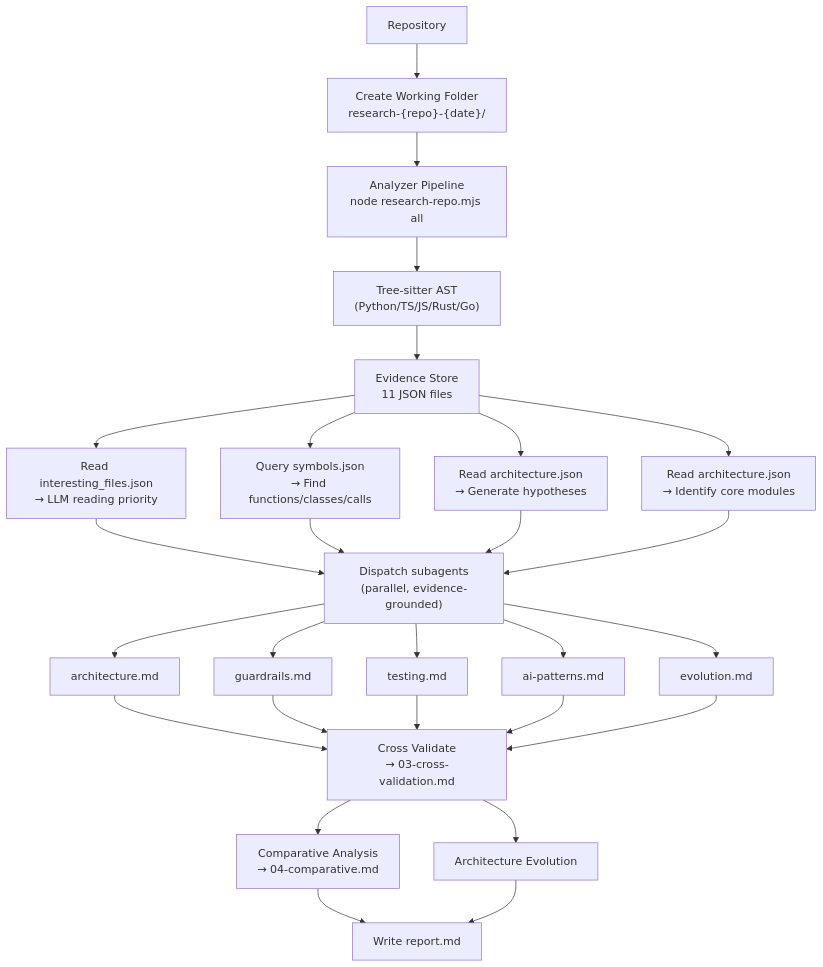
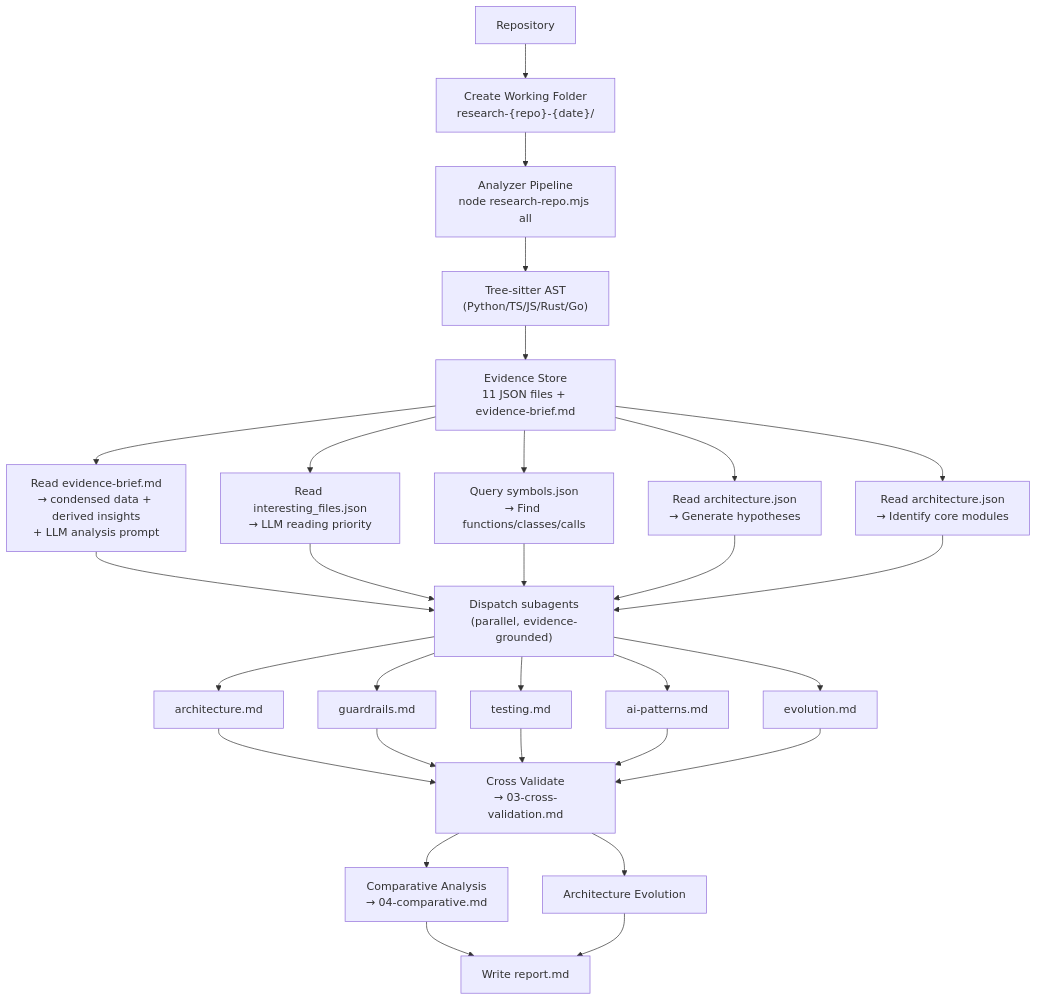
The third of 3 diagrams in .trae/skills/research-repo/SKILL.md (devweekly/devweekly.github.io), drawn with Mermaid before and after one commit. The commit also changed other lines of this file and 38 other files, not shown here.

````diff
--- a/.trae/skills/research-repo/SKILL.md
+++ b/.trae/skills/research-repo/SKILL.md
@@ -411,36 +441,38 @@
 ```mermaid
 flowchart TD
   A[Repository] --> WF["Create Working Folder<br/>research-{repo}-{date}/"]
   WF --> DA["Analyzer Pipeline<br/>node research-repo.mjs all"]
 
   DA --> TS["Tree-sitter AST<br/>(Python/TS/JS/Rust/Go)"]
-  TS --> ES["Evidence Store<br/>11 JSON files"]
+  TS --> ES["Evidence Store<br/>11 JSON files + evidence-brief.md"]
 
+  ES --> BRIEF["Read evidence-brief.md<br/>→ condensed data + derived insights<br/>+ LLM analysis prompt"]
   ES --> RANK["Read interesting_files.json<br/>→ LLM reading priority"]
   ES --> SYM["Query symbols.json<br/>→ Find functions/classes/calls"]
   ES --> HYP["Read architecture.json<br/>→ Generate hypotheses"]
   ES --> ARCH["Read architecture.json<br/>→ Identify core modules"]
 
-  RANK --> E["Dispatch subagents<br/>(parallel, evidence-grounded)"]
+  BRIEF --> E["Dispatch subagents<br/>(parallel, evidence-grounded)"]
+  RANK --> E
   SYM --> E
   HYP --> E
   ARCH --> E
 
   E --> E1["architecture.md"]
   E --> E2["guardrails.md"]
   E --> E3["testing.md"]
   E --> E4["ai-patterns.md"]
   E --> E5["evolution.md"]
 
   E1 --> F["Cross Validate<br/>→ 03-cross-validation.md"]
   E2 --> F
   E3 --> F
   E4 --> F
   E5 --> F
 
   F --> CA["Comparative Analysis<br/>→ 04-comparative.md"]
   F --> EV["Architecture Evolution"]
 
   CA --> M["Write report.md"]
   EV --> M
 ```
````
